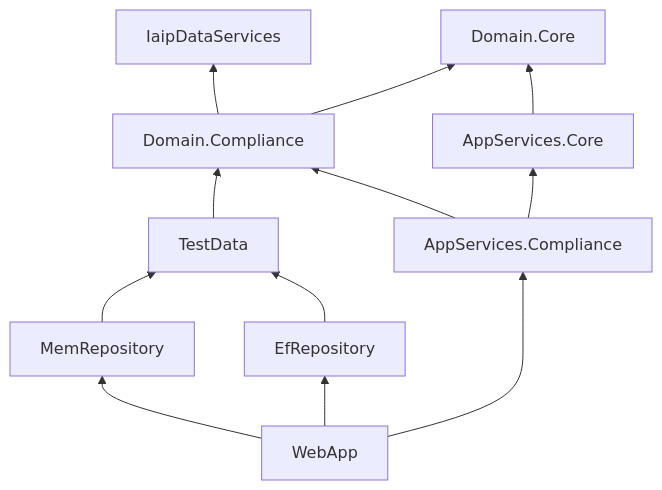
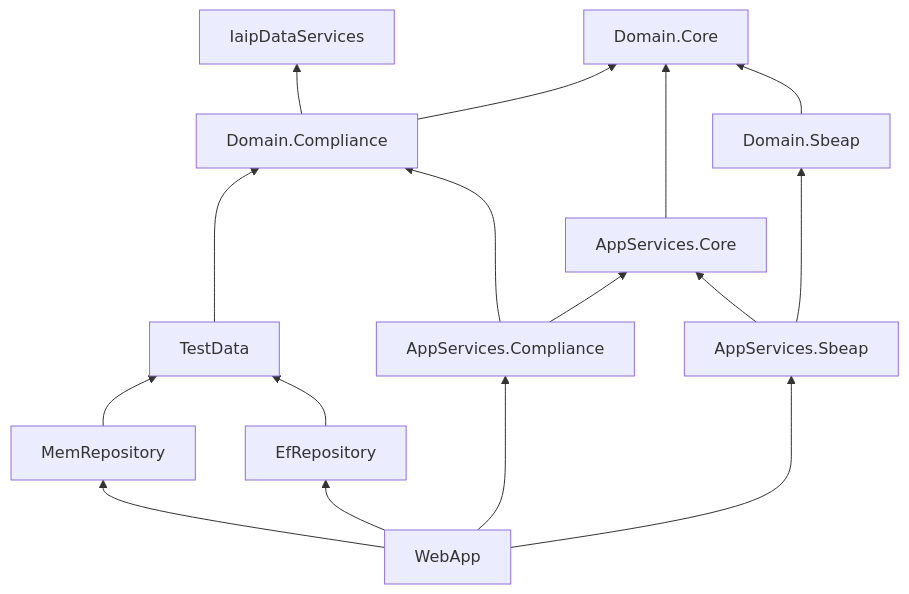
Before and after one commit to gaepdit/air-web: the first of 6 diagrams in README.md, drawn with Mermaid. The commit also changed other lines of this file and 11 other files, not shown here.

````diff
--- a/README.md
+++ b/README.md
@@ -74,16 +76,21 @@
 ```mermaid
 flowchart BT
     I[IaipDataServices]
     DR[Domain.Core]
     DC[Domain.Compliance] --> I
+    DS[Domain.Sbeap]
     DC --> DR
+    DS --> DR
     AR[AppServices.Core] --> DR
-    AC[AppServices.Compliance] --> DC
+    AC[AppServices.Compliance] ---> DC
     AC --> AR
-    T[TestData] --> DC
+    AS --> AR
+    AS[AppServices.Sbeap] ---> DS
+    T[TestData] ---> DC
     E[EfRepository] --> T
     M[MemRepository] --> T
     W[WebApp] --> M
     W --> E
     W --> AC
+    W --> AS
 ```
````
